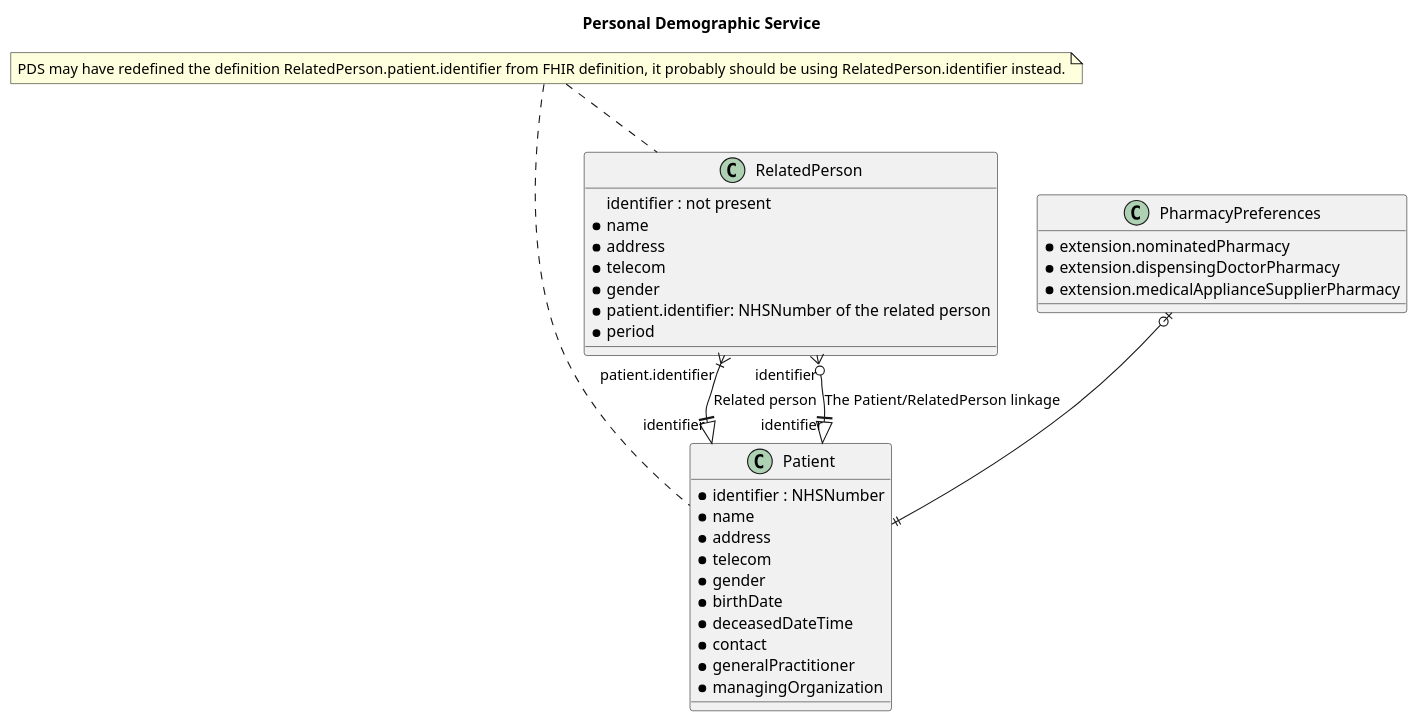
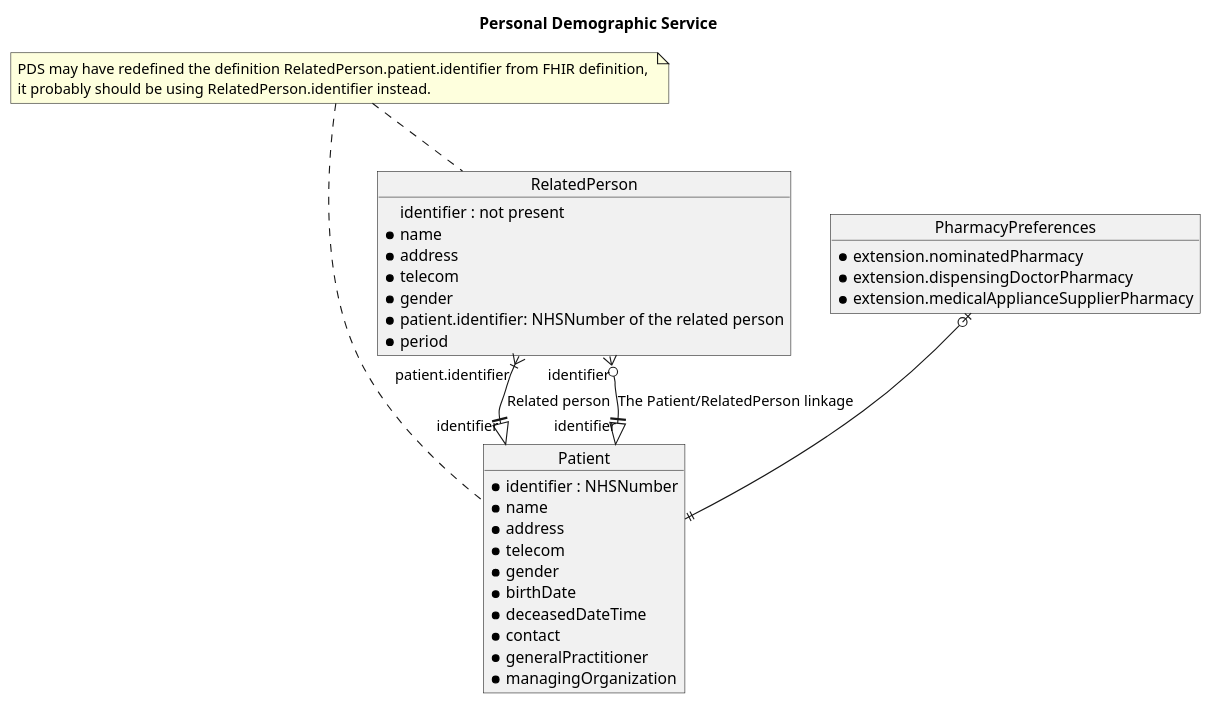
The diagram in input/images-source/personal-demographic-service-relationship.plantuml (NHSDigital/interoperability-standards-documentation), drawn with PlantUML before and after one commit. The commit also changed 230 other files, not shown here.

Commit message:
Exploring state diagrams

```diff
--- a/input/images-source/personal-demographic-service-relationship.plantuml
+++ b/input/images-source/personal-demographic-service-relationship.plantuml
@@ -1,44 +1,44 @@
 @startuml
 
 
 title Personal Demographic Service
 
-class Patient {
+object Patient {
   * identifier : NHSNumber
   * name
   * address
   * telecom
   * gender
   * birthDate
   * deceasedDateTime
   * contact
   * generalPractitioner
   * managingOrganization
 }
 
-class RelatedPerson {
+object RelatedPerson {
   identifier : not present
   * name
   * address
   * telecom
   * gender
   * patient.identifier: NHSNumber of the related person
   * period
 }
 
-class PharmacyPreferences {
+object PharmacyPreferences {
   * extension.nominatedPharmacy
   * extension.dispensingDoctorPharmacy
   * extension.medicalApplianceSupplierPharmacy
 }
 
 RelatedPerson "patient.identifier" }|--||> "identifier" Patient : Related person
 RelatedPerson "identifier" }o--||> "identifier" Patient: The Patient/RelatedPerson linkage
 PharmacyPreferences |o--|| Patient
 
-note "PDS may have redefined the definition RelatedPerson.patient.identifier from FHIR definition, it probably should be using RelatedPerson.identifier instead." as PDS
+note "PDS may have redefined the definition RelatedPerson.patient.identifier from FHIR definition, \nit probably should be using RelatedPerson.identifier instead." as PDS
 
 PDS .. RelatedPerson
 PDS .. Patient
 
 @enduml
```
